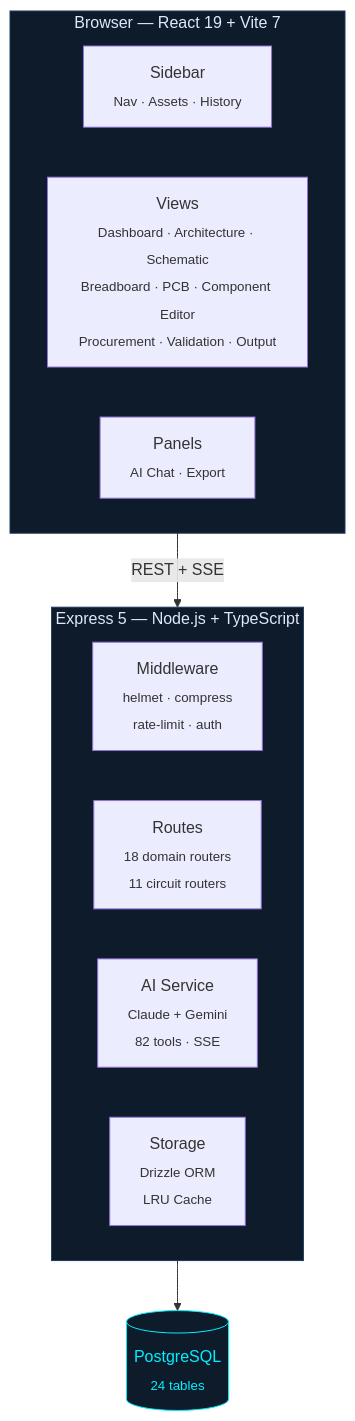
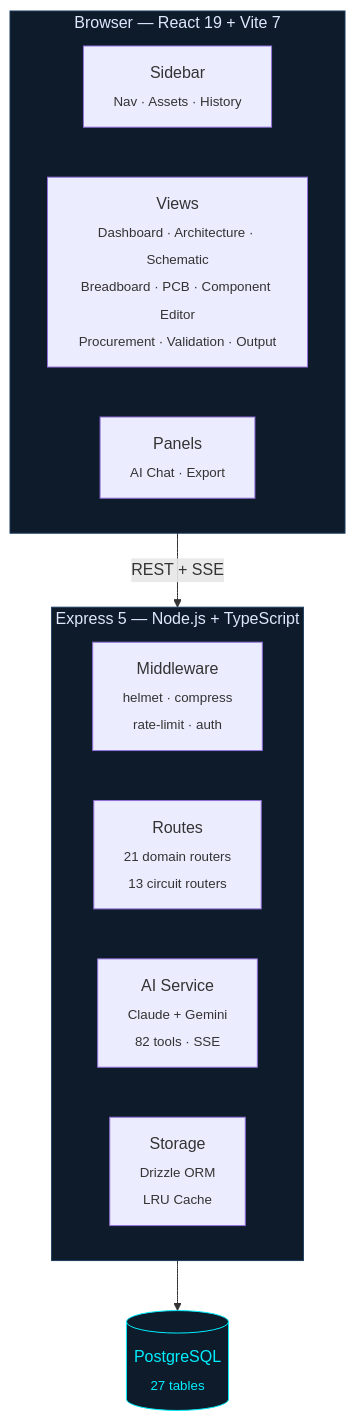
One commit to wtyler2505/ProtoPulse changed the diagram in README.md. Above: the diagram before and after it, drawn with Mermaid. The commit also changed other lines of this file and 7 other files, not shown here.

````diff
--- a/README.md
+++ b/README.md
@@ -265,25 +267,25 @@
 ```mermaid
 graph TB
     subgraph Browser["Browser — React 19 + Vite 7"]
         direction LR
         Sidebar["Sidebar<br><sub>Nav · Assets · History</sub>"]
         Views["Views<br><sub>Dashboard · Architecture · Schematic<br>Breadboard · PCB · Component Editor<br>Procurement · Validation · Output</sub>"]
         Panels["Panels<br><sub>AI Chat · Export</sub>"]
     end
 
     Browser -->|"REST + SSE"| Server
 
     subgraph Server["Express 5 — Node.js + TypeScript"]
         direction LR
         MW["Middleware<br><sub>helmet · compress<br>rate-limit · auth</sub>"]
-        Routes["Routes<br><sub>18 domain routers<br>11 circuit routers</sub>"]
+        Routes["Routes<br><sub>21 domain routers<br>13 circuit routers</sub>"]
         AI["AI Service<br><sub>Claude + Gemini<br>82 tools · SSE</sub>"]
         Storage["Storage<br><sub>Drizzle ORM<br>LRU Cache</sub>"]
     end
 
-    Storage --> DB[("PostgreSQL<br><sub>24 tables</sub>")]
+    Storage --> DB[("PostgreSQL<br><sub>27 tables</sub>")]
 
     style Browser fill:#0D1B2A,stroke:#1B3A5C,color:#E0E7FF
     style Server fill:#0D1B2A,stroke:#1B3A5C,color:#E0E7FF
     style DB fill:#0D1B2A,stroke:#00F0FF,color:#00F0FF
 ```
````
